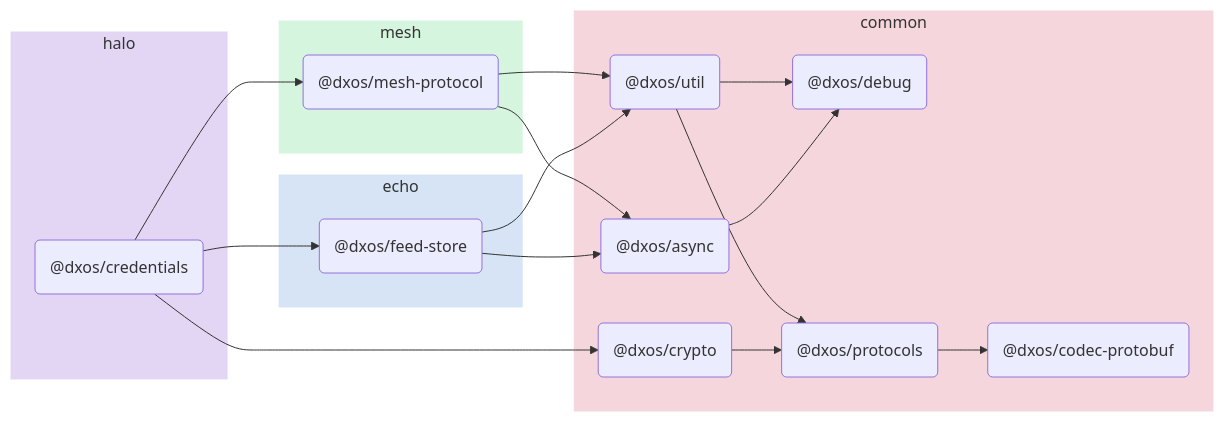
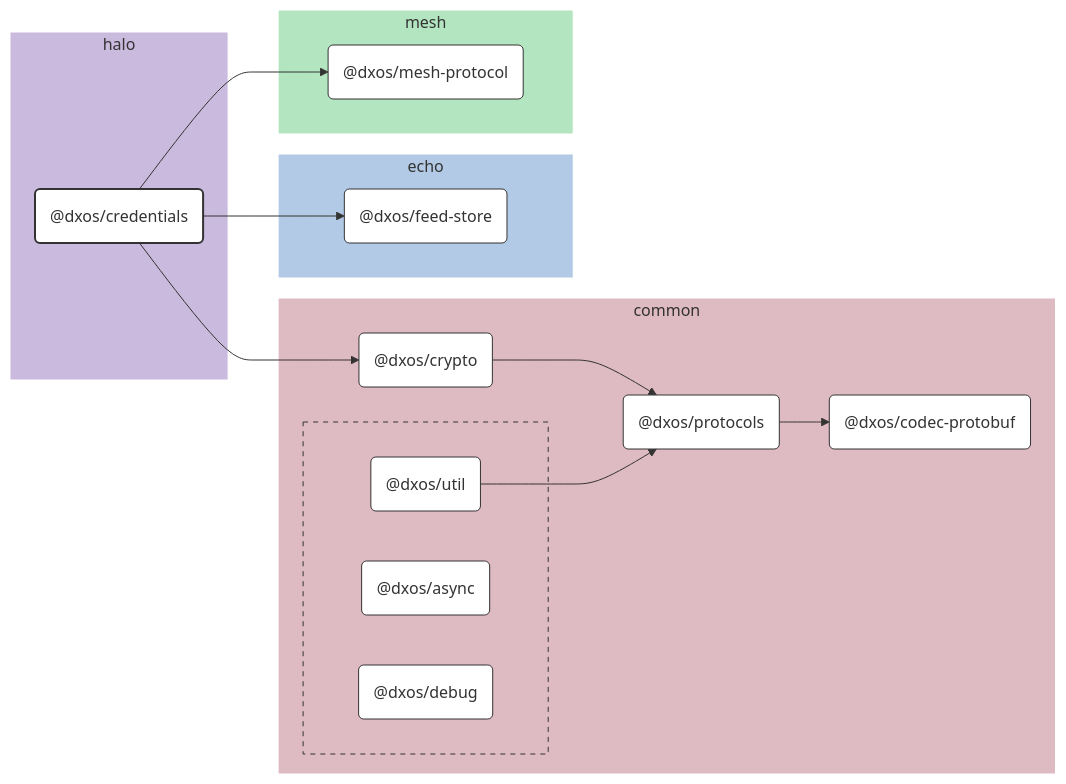
One commit to dxos/dxos changed the diagram in packages/halo/credentials/docs/README.md. Above: the diagram before and after it, drawn with Mermaid. The commit also changed other lines of this file and 109 other files, not shown here.

````diff
--- a/packages/halo/credentials/docs/README.md
+++ b/packages/halo/credentials/docs/README.md
@@ -5,41 +7,75 @@
 ```mermaid
-flowchart LR;
+%%{ init: {'flowchart':{'curve':'basis'}} }%%
 
+flowchart LR
+
+%% Links
+dxos/credentials --> dxos/crypto;
+dxos/credentials --> dxos/feed-store;
+dxos/credentials --> dxos/mesh-protocol;
+dxos/crypto --> dxos/protocols;
+dxos/protocols --> dxos/codec-protobuf;
+dxos/util --> dxos/protocols;
+
+%% Sections
 subgraph halo
-  style halo fill:#e3d6f5,stroke:#fff;
-  dxos/credentials("@dxos/credentials");
+  style halo fill:#cabade,stroke:#fff;
+
+  dxos/credentials("@dxos/credentials")
 end
 
 subgraph common
-  style common fill:#f5d6dd,stroke:#fff;
-  dxos/async("@dxos/async");
-  dxos/debug("@dxos/debug");
-  dxos/codec-protobuf("@dxos/codec-protobuf");
-  dxos/crypto("@dxos/crypto");
-  dxos/protocols("@dxos/protocols");
-  dxos/util("@dxos/util");
+  style common fill:#debac2,stroke:#fff;
+
+  dxos/codec-protobuf("@dxos/codec-protobuf")
+  dxos/crypto("@dxos/crypto")
+  dxos/protocols("@dxos/protocols")
+
+  subgraph common-excluded [ ]
+    style common-excluded fill:#debac2,stroke:#333,stroke-dasharray:5 5;
+
+    dxos/async("@dxos/async")
+    dxos/debug("@dxos/debug")
+    dxos/util("@dxos/util")
+  end
 end
 
 subgraph echo
-  style echo fill:#d6e4f5,stroke:#fff;
-  dxos/feed-store("@dxos/feed-store");
+  style echo fill:#b3cae6,stroke:#fff;
+
+  dxos/feed-store("@dxos/feed-store")
 end
 
 subgraph mesh
-  style mesh fill:#d6f5de,stroke:#fff;
-  dxos/mesh-protocol("@dxos/mesh-protocol");
+  style mesh fill:#b3e6c0,stroke:#fff;
+
+  dxos/mesh-protocol("@dxos/mesh-protocol")
 end
 
-dxos/async --> dxos/debug;
-dxos/credentials --> dxos/crypto;
-dxos/crypto --> dxos/protocols;
-dxos/protocols --> dxos/codec-protobuf;
-dxos/credentials --> dxos/feed-store;
-dxos/feed-store --> dxos/async;
-dxos/feed-store --> dxos/util;
-dxos/util --> dxos/debug;
-dxos/util --> dxos/protocols;
-dxos/credentials --> dxos/mesh-protocol;
-dxos/mesh-protocol --> dxos/async;
-dxos/mesh-protocol --> dxos/util;
+
+%% Hyperlinks
+click dxos/async href "https:/github.com/dxos/dxos/tree/main/packages/common/async/docs";
+click dxos/codec-protobuf href "https:/github.com/dxos/dxos/tree/main/packages/common/codec-protobuf/docs";
+click dxos/crypto href "https:/github.com/dxos/dxos/tree/main/packages/common/crypto/docs";
+click dxos/debug href "https:/github.com/dxos/dxos/tree/main/packages/common/debug/docs";
+click dxos/feed-store href "https:/github.com/dxos/dxos/tree/main/packages/echo/feed-store/docs";
+click dxos/mesh-protocol href "https:/github.com/dxos/dxos/tree/main/packages/mesh/mesh-protocol/docs";
+click dxos/protocols href "https:/github.com/dxos/dxos/tree/main/packages/common/protocols/docs";
+click dxos/util href "https:/github.com/dxos/dxos/tree/main/packages/common/util/docs";
+
+%% Styles
+classDef rootNode fill:#fff,stroke:#333,stroke-width:2px
+classDef defaultNode fill:#fff,stroke:#333,stroke-width:1px
+linkStyle default stroke:#333,stroke-width:1px
+
+dxos/credentials:::rootNode
+
+dxos/async:::defaultNode
+dxos/codec-protobuf:::defaultNode
+dxos/crypto:::defaultNode
+dxos/debug:::defaultNode
+dxos/feed-store:::defaultNode
+dxos/mesh-protocol:::defaultNode
+dxos/protocols:::defaultNode
+dxos/util:::defaultNode
 ```
````
